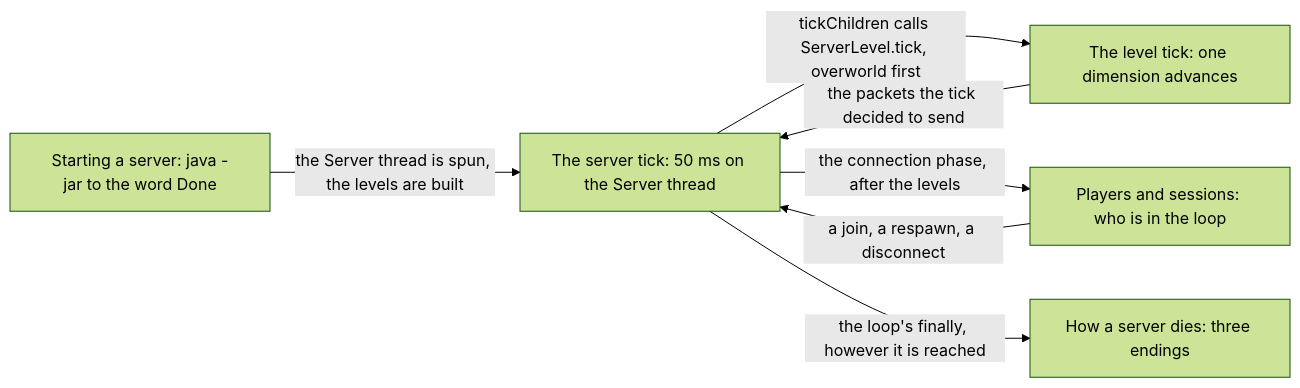
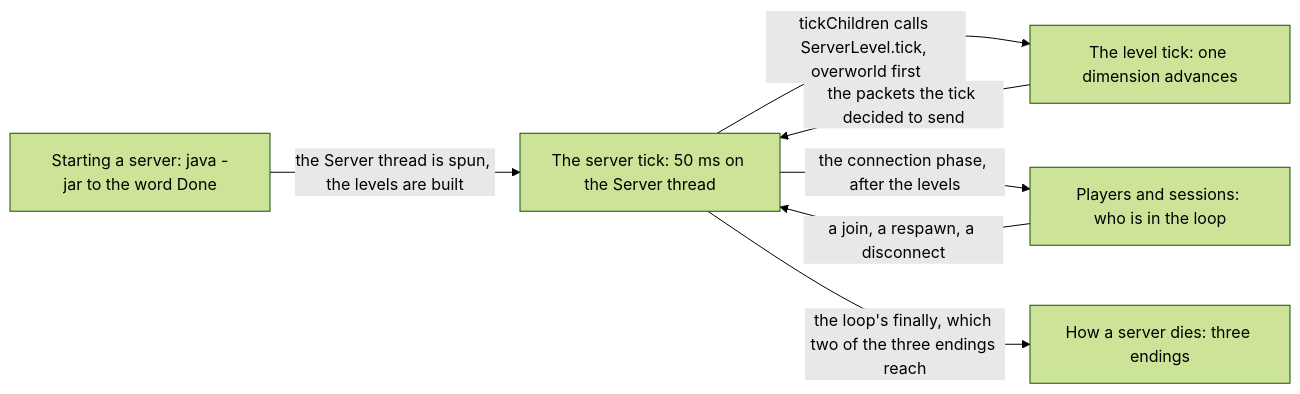
One commit to AlexanderjFraser/MinecraftDocs changed the diagram in src/systems/server/README.md. Above: the diagram before and after it, drawn with Mermaid (forest theme). The commit also changed other lines of this file and 10 other files, not shown here.

````diff
--- a/src/systems/server/README.md
+++ b/src/systems/server/README.md
@@ -20,14 +20,14 @@
 ```mermaid
 flowchart LR
     Start["Starting a server: java -jar to the word Done"]
     Tick["The server tick: 50 ms on the Server thread"]
     Level["The level tick: one dimension advances"]
     Players["Players and sessions: who is in the loop"]
     Death["How a server dies: three endings"]
     Start -- "the Server thread is spun, the levels are built" --> Tick
     Tick -- "tickChildren calls ServerLevel.tick, overworld first" --> Level
     Level -- "the packets the tick decided to send" --> Tick
     Tick -- "the connection phase, after the levels" --> Players
     Players -- "a join, a respawn, a disconnect" --> Tick
-    Tick -- "the loop's finally, however it is reached" --> Death
+    Tick -- "the loop's finally, which two of the three endings reach" --> Death
 ```
````
